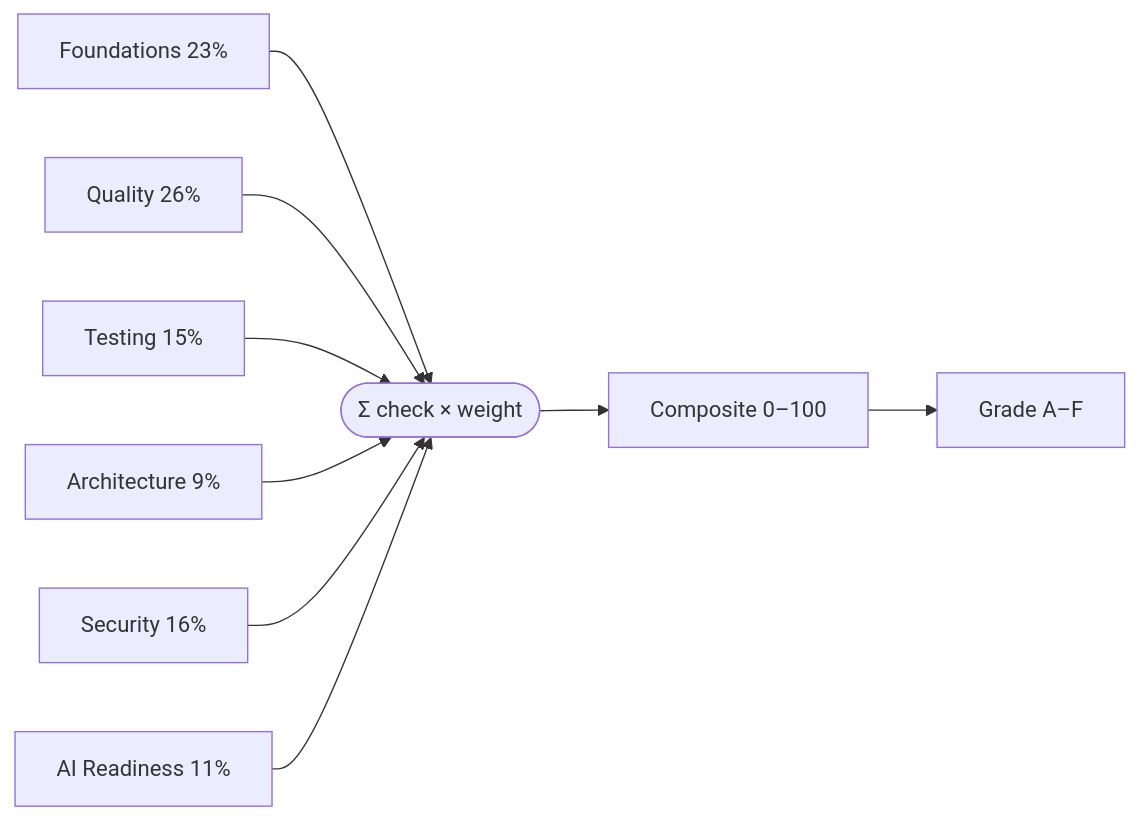
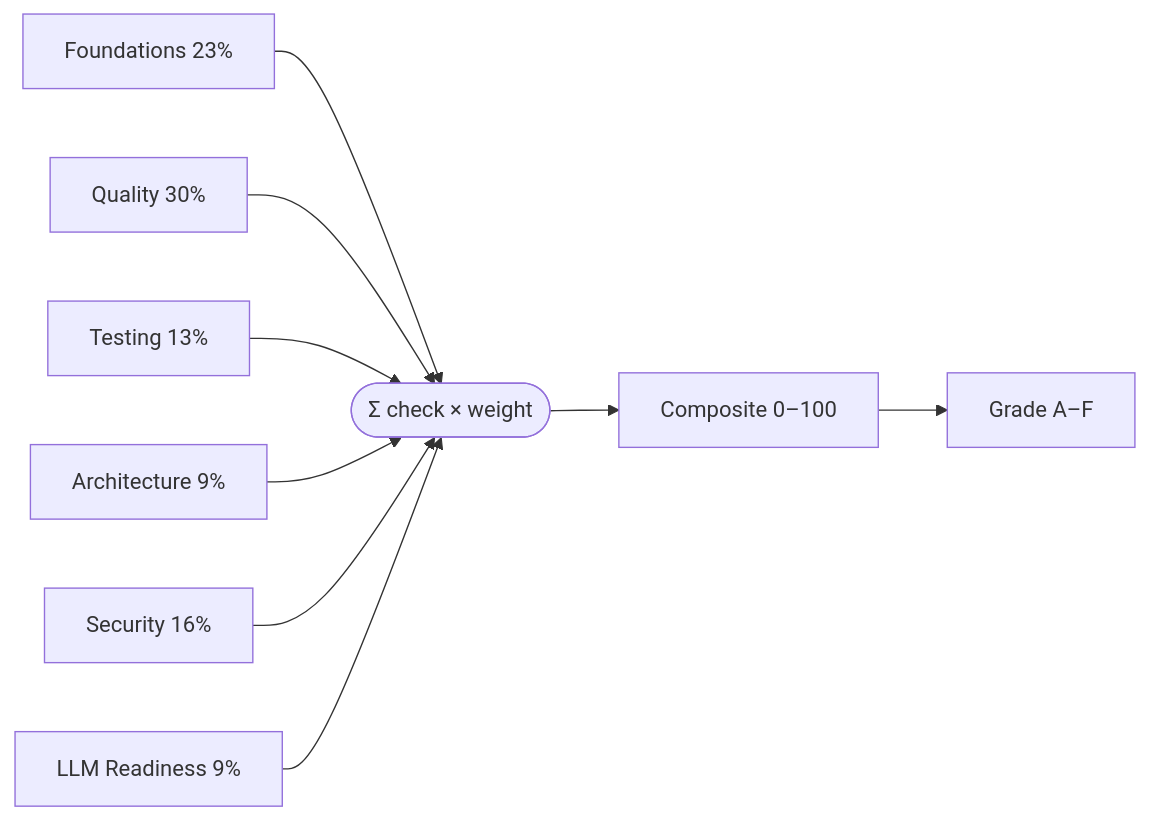
One commit to vibecodeqa/vibecodeqa changed the third of 3 diagrams in docs/docs/architecture.md. Above: the diagram before and after it, drawn with Mermaid. The commit also changed other lines of this file and 6 other files, not shown here.

````diff
--- a/docs/docs/architecture.md
+++ b/docs/docs/architecture.md
@@ -56,11 +56,11 @@
 ```mermaid
 flowchart LR
   F[Foundations 23%] --> SUM([Σ check × weight])
-  Q[Quality 26%] --> SUM
-  T[Testing 15%] --> SUM
+  Q[Quality 30%] --> SUM
+  T[Testing 13%] --> SUM
   AR[Architecture 9%] --> SUM
   SEC[Security 16%] --> SUM
-  AI[AI Readiness 11%] --> SUM
+  AI[LLM Readiness 9%] --> SUM
   SUM --> SCORE[Composite 0–100]
   SCORE --> GRADE[Grade A–F]
 ```
````
